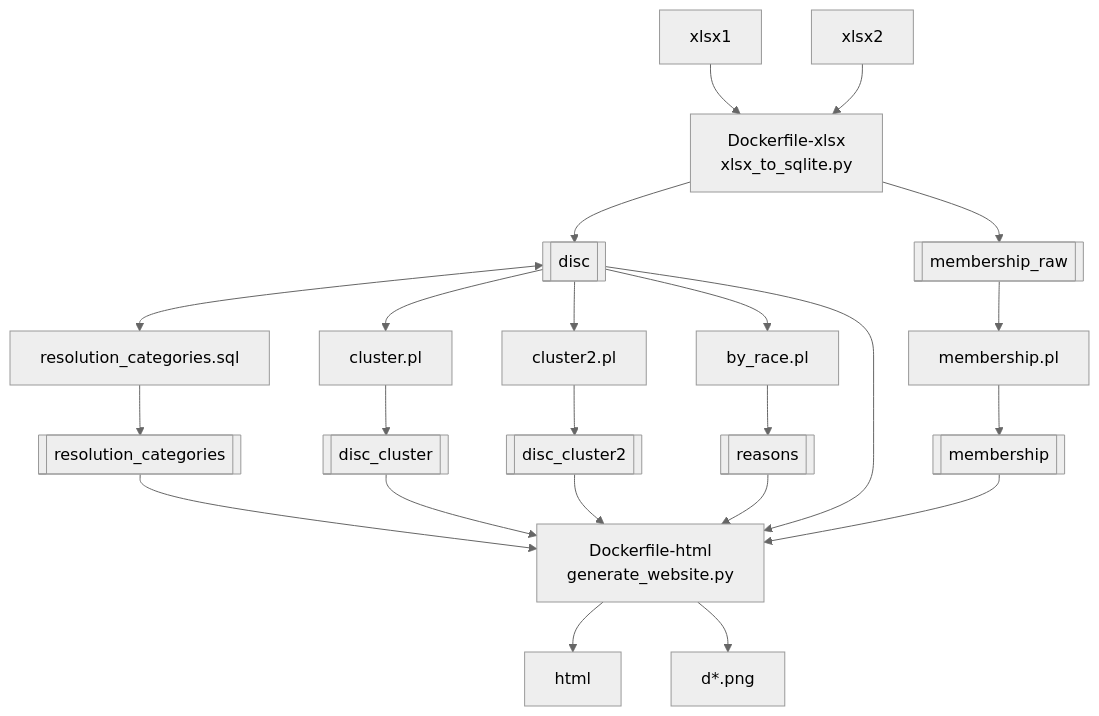
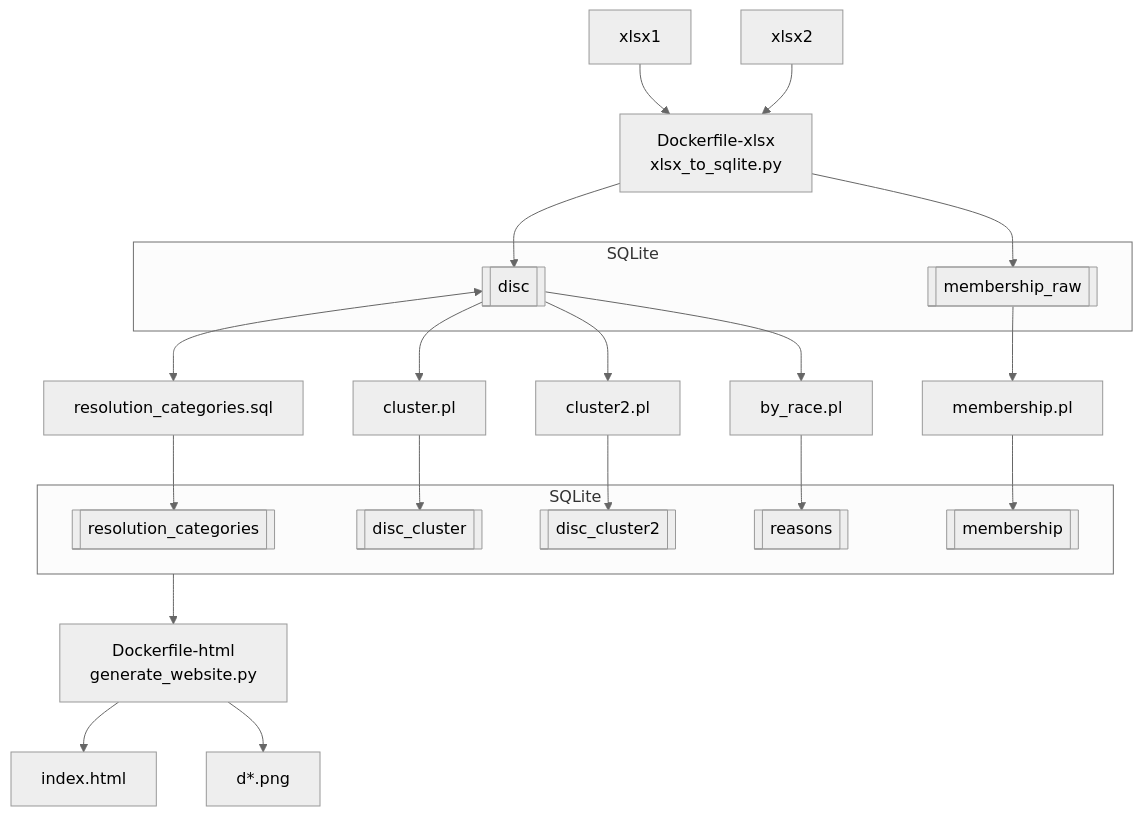
The diagram in README.md (opennebraska/ops-referral), drawn with Mermaid (neutral theme) before and after one commit.

Commit message:
Is showing subgraphs better?

````diff
--- a/README.md
+++ b/README.md
@@ -16,35 +16,34 @@
 ```mermaid
 flowchart TD
   xlsx1-->Dockerfile-xlsx["`Dockerfile-xlsx
     xlsx_to_sqlite.py`"]
   xlsx2-->Dockerfile-xlsx
   Dockerfile-xlsx-->disc[[disc]]
   Dockerfile-xlsx-->membership_raw[[membership_raw]]
   disc<-->resolution_categories.sql
   resolution_categories.sql-->resolution_categories[[resolution_categories]]
   membership_raw-->membership.pl
   membership.pl-->membership[[membership]]
   disc-->cluster.pl
   cluster.pl-->disc_cluster[[disc_cluster]]
   disc-->cluster2.pl
   cluster2.pl-->disc_cluster2[[disc_cluster2]]
   disc-->by_race.pl
   by_race.pl-->reasons[[reasons]]
-  %% subgraph SQLite
-  %%   disc
-  %%   membership_raw
-  %%   membership
-  %%   disc_cluster
-  %%   disc_cluster2
-  %%   reasons
-  %% end
-  disc-->Dockerfile-html["`Dockerfile-html
+  subgraph SQLite1 [SQLite]
+    disc
+    membership_raw
+  end
+  subgraph SQLite2 [SQLite]
+    membership
+    disc_cluster
+    disc_cluster2
+    reasons
+    resolution_categories
+  end
+  SQLite2-->Dockerfile-html["`Dockerfile-html
     generate_website.py`"]
-  membership-->Dockerfile-html
-  reasons-->Dockerfile-html
-  disc_cluster-->Dockerfile-html
-  disc_cluster2-->Dockerfile-html
-  resolution_categories-->Dockerfile-html
-  Dockerfile-html-->html
+  %% SQLite2-->Dockerfile-html
+  Dockerfile-html-->index.html
   Dockerfile-html-->d*.png
 ```
````
